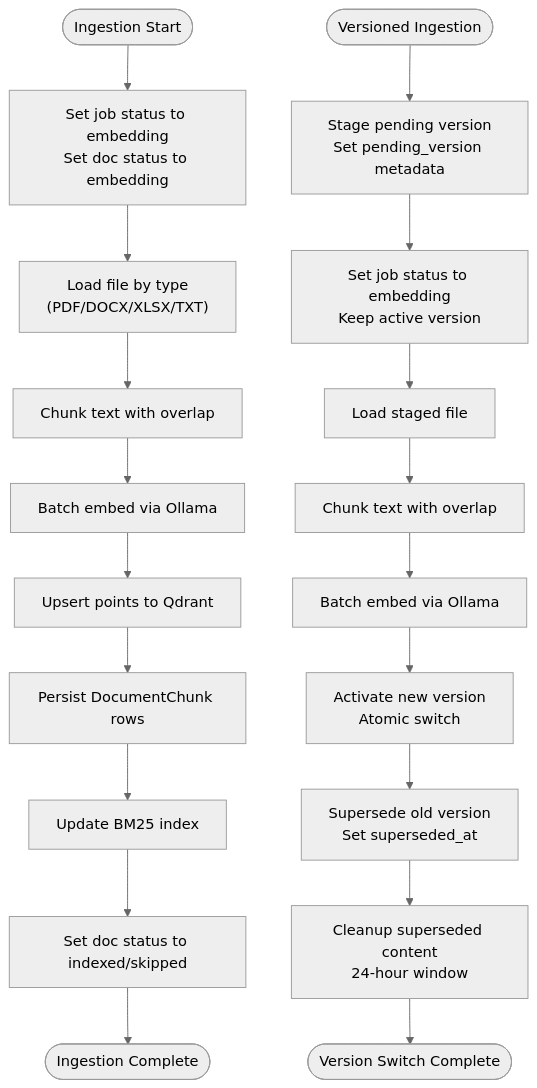
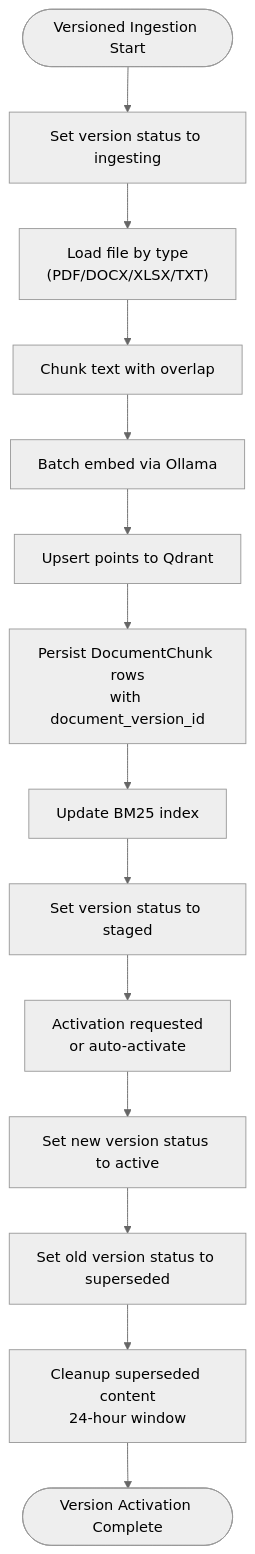
One commit to genes8/private-ai changed the third of 5 diagrams in .qoder/repowiki/en/content/API Reference/Administrative API/Document Management API.md. Above: the diagram before and after it, drawn with Mermaid (neutral theme). The commit also changed other lines of this file and 7 other files, not shown here.

````diff
--- a/.qoder/repowiki/en/content/API Reference/Administrative API/Document Management API.md
+++ b/.qoder/repowiki/en/content/API Reference/Administrative API/Document Management API.md
@@ -356,21 +343,16 @@
 ```mermaid
 flowchart TD
-Start(["Ingestion Start"]) --> SetStatus["Set job status to embedding<br/>Set doc status to embedding"]
+Start(["Versioned Ingestion Start"]) --> SetStatus["Set version status to ingesting"]
 SetStatus --> Load["Load file by type<br/>(PDF/DOCX/XLSX/TXT)"]
 Load --> Chunk["Chunk text with overlap"]
 Chunk --> Embed["Batch embed via Ollama"]
 Embed --> Upsert["Upsert points to Qdrant"]
-Upsert --> Persist["Persist DocumentChunk rows"]
+Upsert --> Persist["Persist DocumentChunk rows<br/>with document_version_id"]
 Persist --> UpdateBM25["Update BM25 index"]
-UpdateBM25 --> Finalize["Set doc status to indexed/skipped"]
-Finalize --> End(["Ingestion Complete"])
-StartV(["Versioned Ingestion"]) --> StagePending["Stage pending version<br/>Set pending_version metadata"]
-StagePending --> SetStatusV["Set job status to embedding<br/>Keep active version"]
-SetStatusV --> LoadV["Load staged file"]
-LoadV --> ChunkV["Chunk text with overlap"]
-ChunkV --> EmbedV["Batch embed via Ollama"]
-EmbedV --> Activate["Activate new version<br/>Atomic switch"]
-Activate --> Supersede["Supersede old version<br/>Set superseded_at"]
-Supersede --> Cleanup["Cleanup superseded content<br/>24-hour window"]
-Cleanup --> EndV(["Version Switch Complete"])
+UpdateBM25 --> SetStaged["Set version status to staged"]
+SetStaged --> Activate["Activation requested<br/>or auto-activate"]
+Activate --> ActivateNew["Set new version status to active"]
+ActivateNew --> DeactivateOld["Set old version status to superseded"]
+DeactivateOld --> Cleanup["Cleanup superseded content<br/>24-hour window"]
+Cleanup --> End(["Version Activation Complete"])
 ```
````
